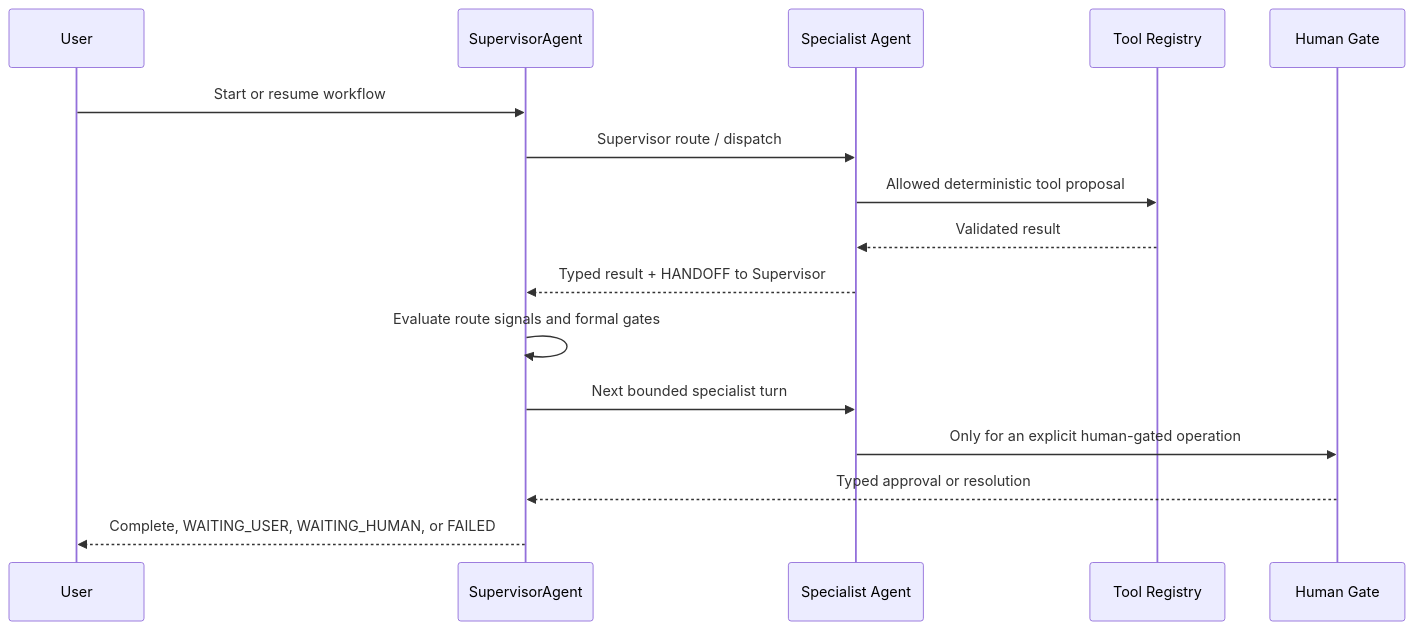
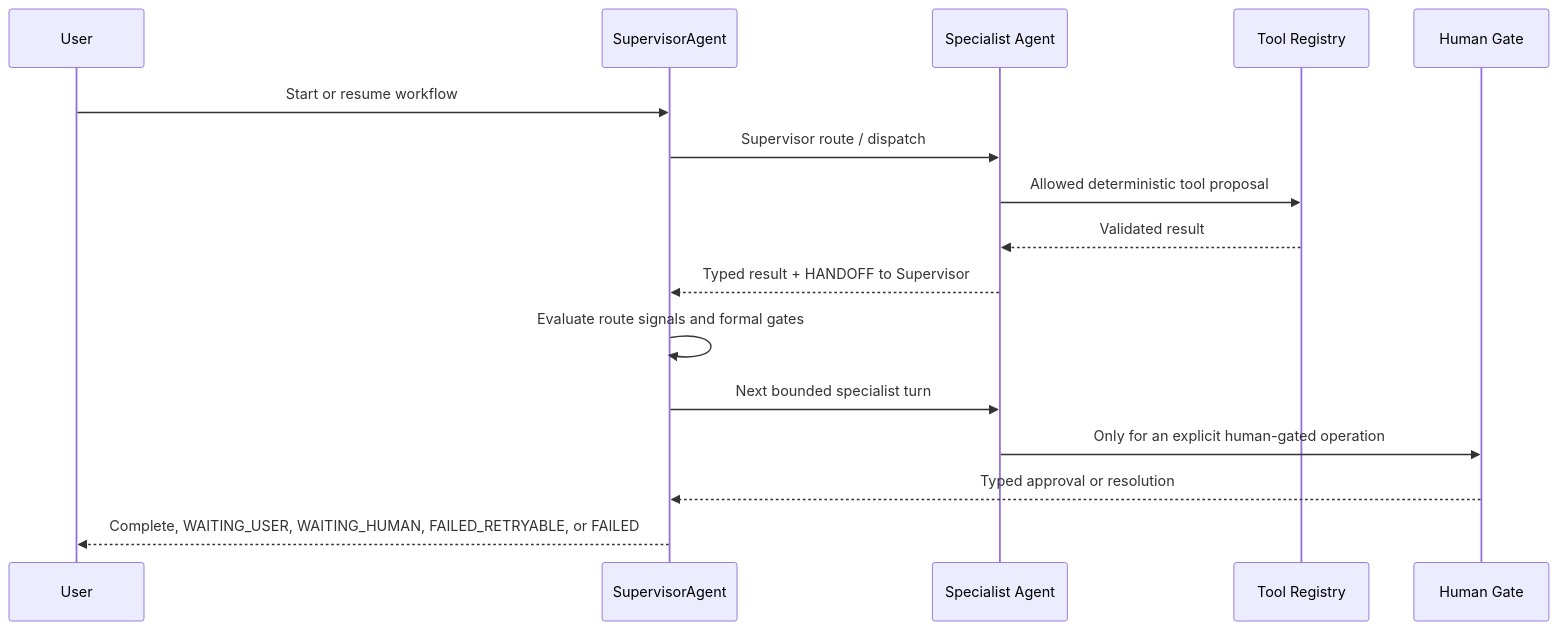
The diagram in docs/agent-workflow.md (ZorIgn/HarborPilot-MultiAgent), drawn with Mermaid before and after one commit. The commit also changed other lines of this file and 48 other files, not shown here.

````diff
--- a/docs/agent-workflow.md
+++ b/docs/agent-workflow.md
@@ -9,19 +9,19 @@
 ```mermaid
 sequenceDiagram
   participant U as User
   participant S as SupervisorAgent
   participant A as Specialist Agent
   participant T as Tool Registry
   participant H as Human Gate
 
   U->>S: Start or resume workflow
   S->>A: Supervisor route / dispatch
   A->>T: Allowed deterministic tool proposal
   T-->>A: Validated result
   A-->>S: Typed result + HANDOFF to Supervisor
   S->>S: Evaluate route signals and formal gates
   S->>A: Next bounded specialist turn
   A->>H: Only for an explicit human-gated operation
   H-->>S: Typed approval or resolution
-  S-->>U: Complete, WAITING_USER, WAITING_HUMAN, or FAILED
+  S-->>U: Complete, WAITING_USER, WAITING_HUMAN, FAILED_RETRYABLE, or FAILED
 ```
````
